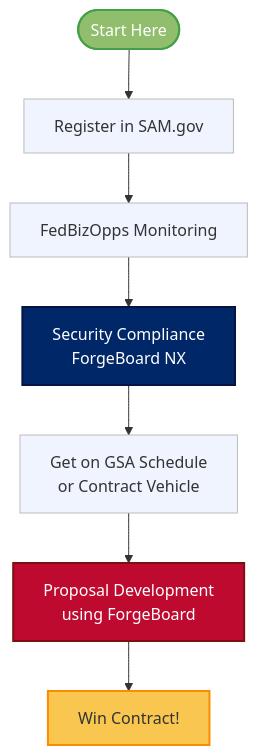
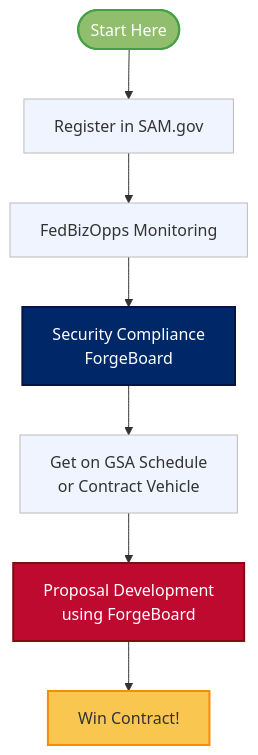
One commit to JeffreySanford/forge-board changed the fifth of 7 diagrams in forgeboard-frontend/src/assets/documentation/SMALL-BUSINESS-OPPORTUNITIES.md. Above: the diagram before and after it, drawn with Mermaid. The commit also changed other lines of this file and 64 other files, not shown here.

````diff
--- a/forgeboard-frontend/src/assets/documentation/SMALL-BUSINESS-OPPORTUNITIES.md
+++ b/forgeboard-frontend/src/assets/documentation/SMALL-BUSINESS-OPPORTUNITIES.md
@@ -378,17 +378,17 @@
 ```mermaid
 flowchart TD
     Start([Start Here]) --> Register["Register in SAM.gov"]
     Register --> FedBiz["FedBizOpps Monitoring"]
-    FedBiz --> Security["Security Compliance<br>ForgeBoard NX"]
+    FedBiz --> Security["Security Compliance<br>ForgeBoard"]
     Security --> GSA["Get on GSA Schedule<br>or Contract Vehicle"]
     GSA --> Proposal["Proposal Development<br>using ForgeBoard"]
     Proposal --> Win["Win Contract!"]
     
     style Start fill:#90BE6D,stroke:#43A047,color:white,stroke-width:2px
     style Register fill:#F0F4FF,stroke:#BBB,stroke-width:1px
     style FedBiz fill:#F0F4FF,stroke:#BBB,stroke-width:1px
     style Security fill:#002868,stroke:#071442,color:white,stroke-width:2px
     style GSA fill:#F0F4FF,stroke:#BBB,stroke-width:1px
     style Proposal fill:#BF0A30,stroke:#7D100E,color:white,stroke-width:2px
     style Win fill:#F9C74F,stroke:#FB8C00,stroke-width:2px
 ```
````
